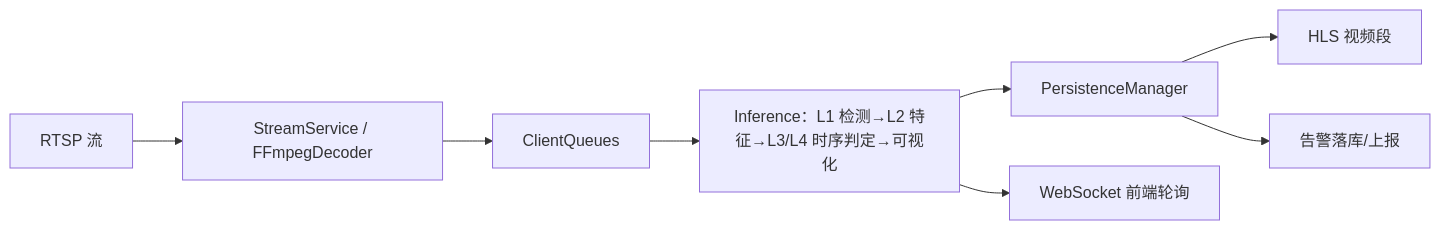
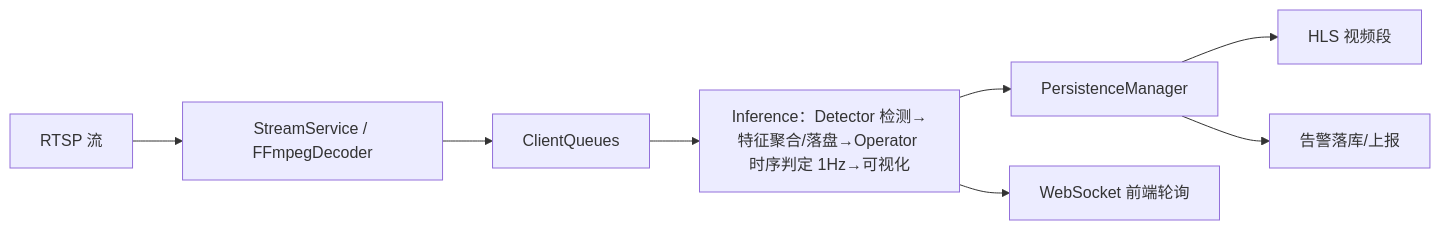
One commit to Jiadezhende/CleanSightBackend changed the diagram in README.md. Above: the diagram before and after it, drawn with Mermaid. The commit also changed other lines of this file and 2 other files, not shown here.

````diff
--- a/README.md
+++ b/README.md
@@ -96,10 +97,10 @@
 ```mermaid
 graph LR
     A[RTSP 流] --> B[StreamService / FFmpegDecoder]
     B --> C[ClientQueues]
-    C --> D[Inference：L1 检测→L2 特征→L3/L4 时序判定→可视化]
+    C --> D[Inference：Detector 检测→特征聚合/落盘→Operator 时序判定 1Hz→可视化]
     D --> E[PersistenceManager]
     D --> F[WebSocket 前端轮询]
     E --> G[HLS 视频段]
     E --> H[告警落库/上报]
 ```
````
